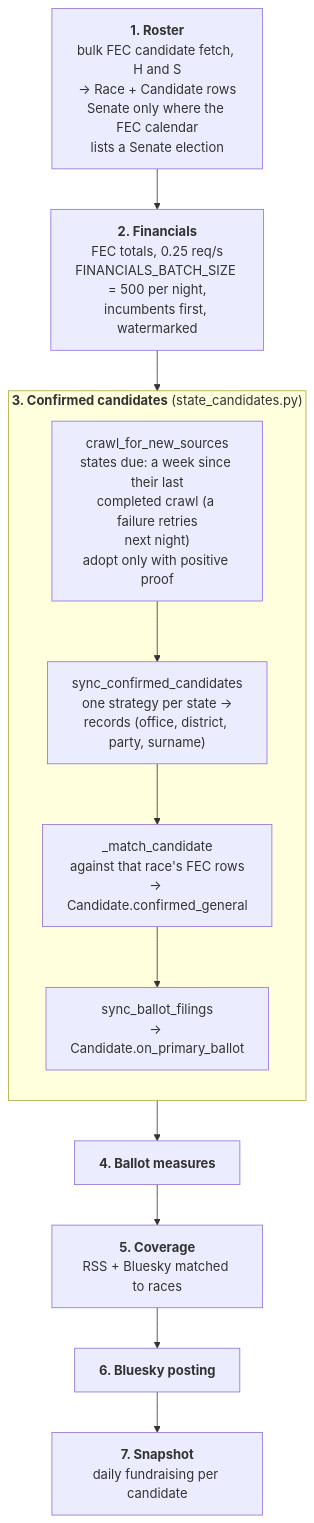
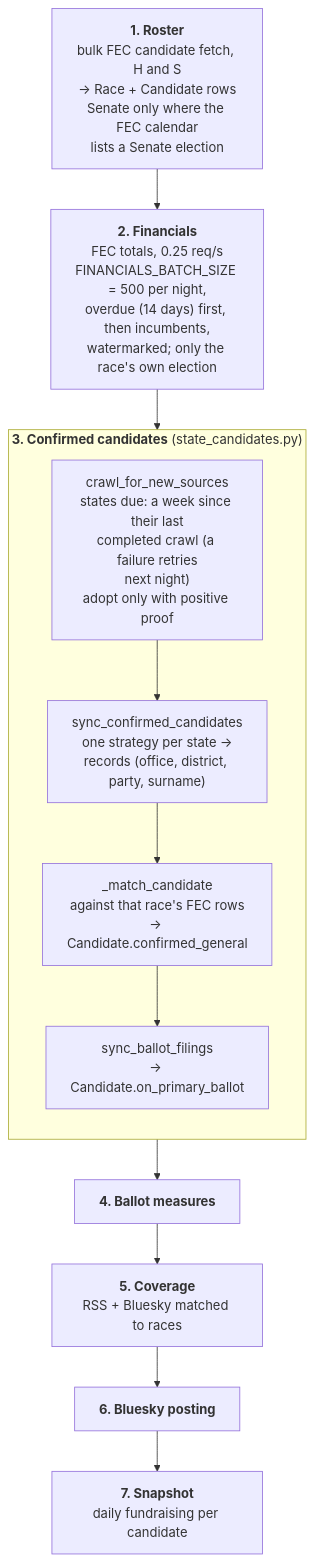
One commit to kamoras/civitas changed the second of 4 diagrams in docs/diagrams/10-elections.md. Above: the diagram before and after it, drawn with Mermaid. The commit also changed 25 other files, not shown here.

First line of the commit message:
Elections: a race's own FEC money dated by its report; verbatim yes/no sentences

````diff
--- a/docs/diagrams/10-elections.md
+++ b/docs/diagrams/10-elections.md
@@ -46,16 +46,16 @@
 ```mermaid
 flowchart TB
     ROSTER["<b>1. Roster</b><br/>bulk FEC candidate fetch, H and S<br/>→ Race + Candidate rows<br/>Senate only where the FEC calendar<br/>lists a Senate election"]
-    ROSTER --> FIN["<b>2. Financials</b><br/>FEC totals, 0.25 req/s<br/>FINANCIALS_BATCH_SIZE = 500 per night,<br/>incumbents first, watermarked"]
+    ROSTER --> FIN["<b>2. Financials</b><br/>FEC totals, 0.25 req/s<br/>FINANCIALS_BATCH_SIZE = 500 per night,<br/>overdue (14 days) first, then incumbents,<br/>watermarked; only the race's own election"]
     FIN --> CONF
     subgraph CONF["<b>3. Confirmed candidates</b> (state_candidates.py)"]
         direction TB
         CRAWL["crawl_for_new_sources<br/>states due: a week since their last<br/>completed crawl (a failure retries<br/>next night)<br/>adopt only with positive proof"] --> SYNC["sync_confirmed_candidates<br/>one strategy per state →<br/>records (office, district, party, surname)"]
         SYNC --> MATCH["_match_candidate<br/>against that race's FEC rows<br/>→ Candidate.confirmed_general"]
         MATCH --> FILINGS["sync_ballot_filings<br/>→ Candidate.on_primary_ballot"]
     end
     CONF --> MEAS["<b>4. Ballot measures</b>"]
     MEAS --> COVI["<b>5. Coverage</b><br/>RSS + Bluesky matched to races"]
     COVI --> POST["<b>6. Bluesky posting</b>"]
     POST --> SNAP["<b>7. Snapshot</b><br/>daily fundraising per candidate"]
 ```
````
